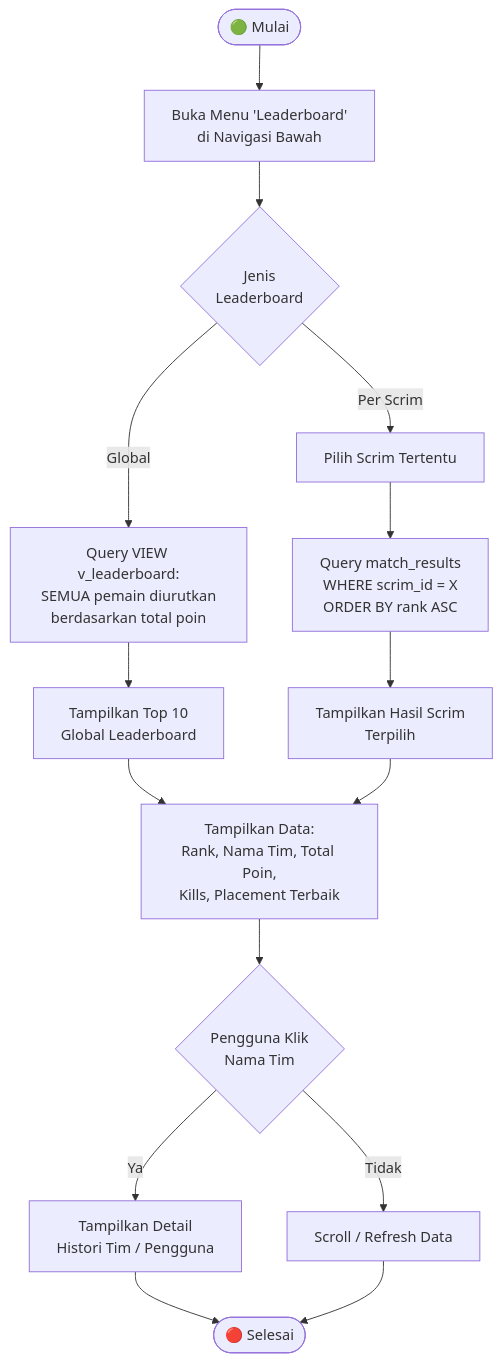
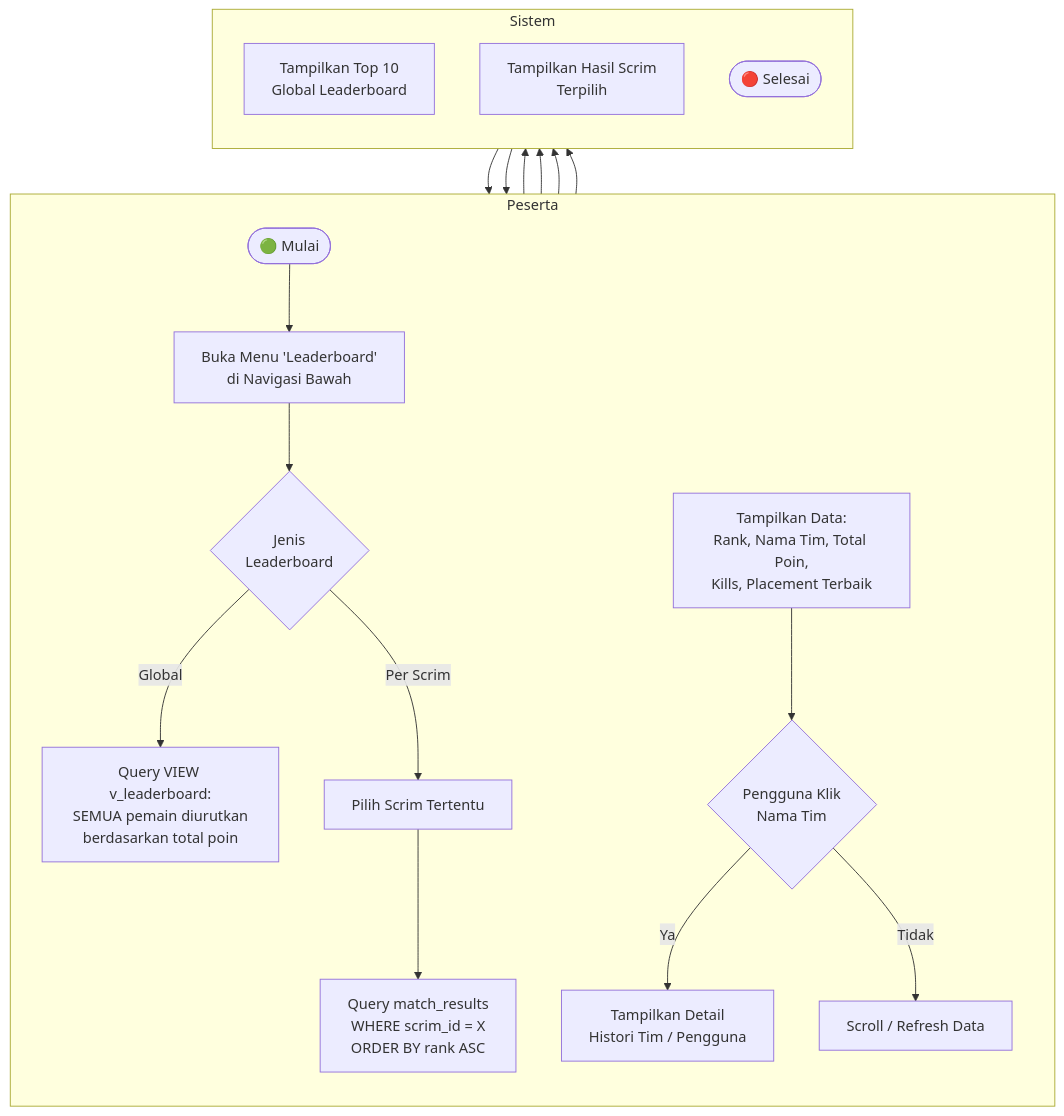
Diagram 12 of 43 in DOKUMENTASI.md (yosima050/booyahhub), drawn with Mermaid before and after one commit. The commit also changed other lines of this file, not shown here.

Commit message:
docs: rename Platform Owner role to Platform and refactor Mermaid flowcharts in documentation

````diff
--- a/DOKUMENTASI.md
+++ b/DOKUMENTASI.md
@@ -499,15 +572,23 @@
 ```mermaid
 flowchart TD
-    A([🟢 Mulai]) --> B[Buka Menu 'Leaderboard'\ndi Navigasi Bawah]
-    B --> C{Jenis\nLeaderboard}
-    C -->|Global| D[Query VIEW v_leaderboard:\nSEMUA pemain diurutkan\nberdasarkan total poin]
-    C -->|Per Scrim| E[Pilih Scrim Tertentu]
-    E --> F[Query match_results\nWHERE scrim_id = X\nORDER BY rank ASC]
-    D --> G[Tampilkan Top 10\nGlobal Leaderboard]
-    F --> H[Tampilkan Hasil Scrim\nTerpilih]
-    G & H --> I[Tampilkan Data:\nRank, Nama Tim, Total Poin,\nKills, Placement Terbaik]
-    I --> J{Pengguna Klik\nNama Tim}
-    J -->|Ya| K[Tampilkan Detail\nHistori Tim / Pengguna]
-    J -->|Tidak| L[Scroll / Refresh Data]
-    K & L --> M([🔴 Selesai])
+    subgraph Peserta
+        direction TB
+        A([🟢 Mulai]) --> B[Buka Menu 'Leaderboard'<br/>di Navigasi Bawah]
+        B --> C{Jenis<br/>Leaderboard}
+        C -->|Global| D
+        C -->|Per Scrim| E[Pilih Scrim Tertentu]
+        E --> F
+        I --> J{Pengguna Klik<br/>Nama Tim}
+        J -->|Ya| K
+        J -->|Tidak| L
+    end
+
+    subgraph Sistem
+        direction TB
+        D[Query VIEW v_leaderboard:<br/>SEMUA pemain diurutkan<br/>berdasarkan total poin] --> G[Tampilkan Top 10<br/>Global Leaderboard]
+        F[Query match_results<br/>WHERE scrim_id = X<br/>ORDER BY rank ASC] --> H[Tampilkan Hasil Scrim<br/>Terpilih]
+        G & H --> I[Tampilkan Data:<br/>Rank, Nama Tim, Total Poin,<br/>Kills, Placement Terbaik]
+        K[Tampilkan Detail<br/>Histori Tim / Pengguna] --> M([🔴 Selesai])
+        L[Scroll / Refresh Data] --> M
+    end
 ```
````
